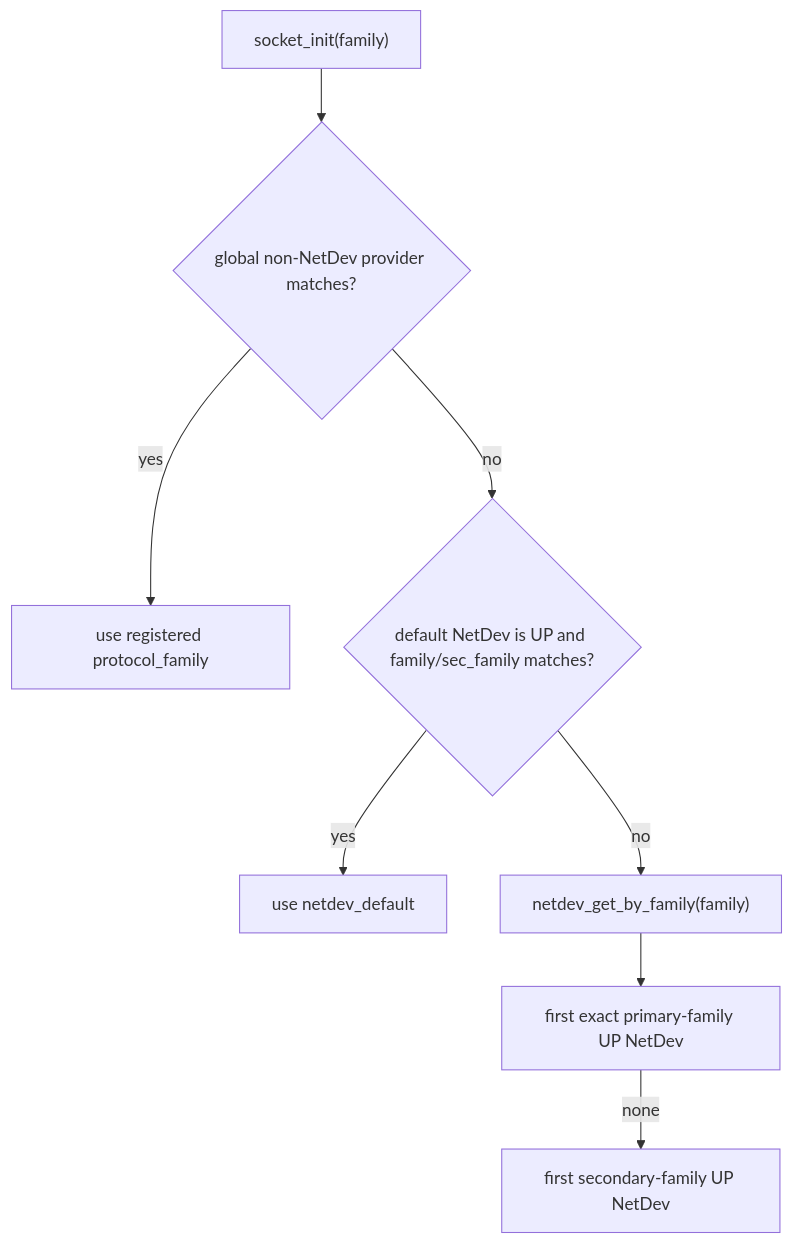
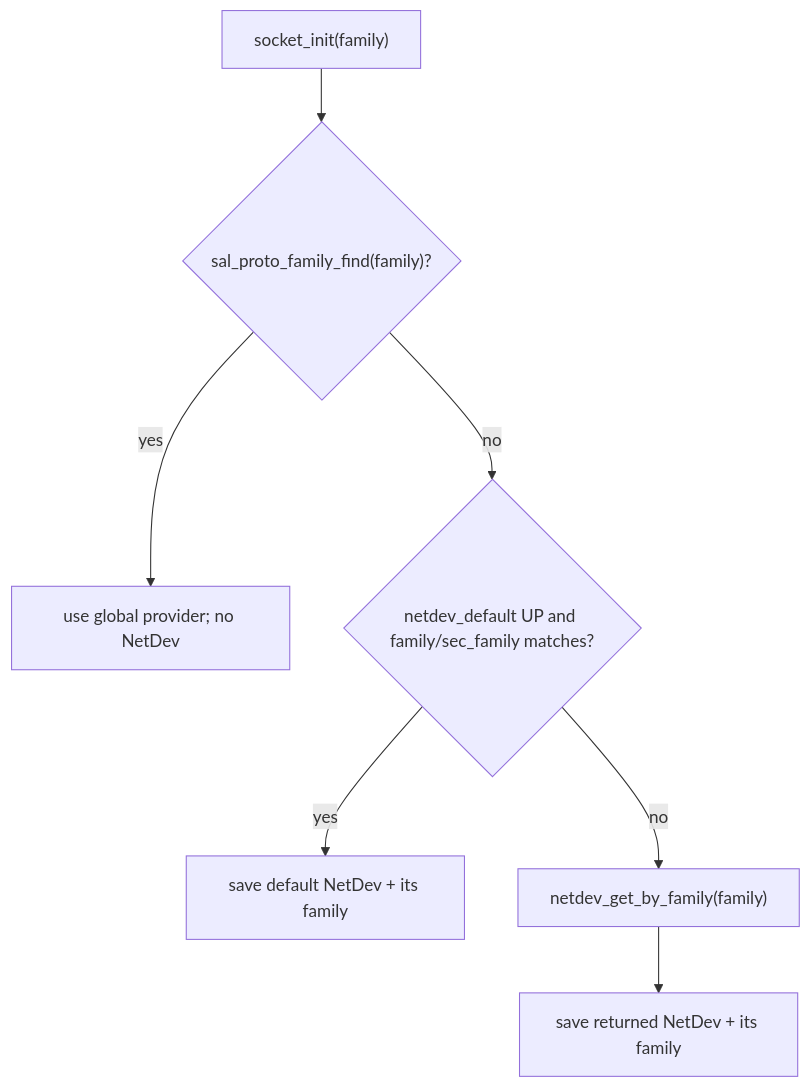
One commit to wdfk-prog/lwIP-Source-Lab changed the third of 5 diagrams in docs/41-rtthread-netdev-multi-backend.md. Above: the diagram before and after it, drawn with Mermaid. The commit also changed other lines of this file and 49 other files, not shown here.

````diff
--- a/docs/41-rtthread-netdev-multi-backend.md
+++ b/docs/41-rtthread-netdev-multi-backend.md
@@ -150,10 +506,9 @@
 ```mermaid
 flowchart TD
-    A["socket_init(family)"] --> B{"global non-NetDev provider matches?"}
-    B -->|"yes"| C["use registered protocol_family"]
-    B -->|"no"| D{"default NetDev is UP and family/sec_family matches?"}
-    D -->|"yes"| E["use netdev_default"]
+    A["socket_init(family)"] --> B{"sal_proto_family_find(family)?"}
+    B -->|"yes"| C["use global provider; no NetDev"]
+    B -->|"no"| D{"netdev_default UP and family/sec_family matches?"}
+    D -->|"yes"| E["save default NetDev + its family"]
     D -->|"no"| F["netdev_get_by_family(family)"]
-    F --> G["first exact primary-family UP NetDev"]
-    G -->|"none"| H["first secondary-family UP NetDev"]
+    F --> G["save returned NetDev + its family"]
 ```
````
